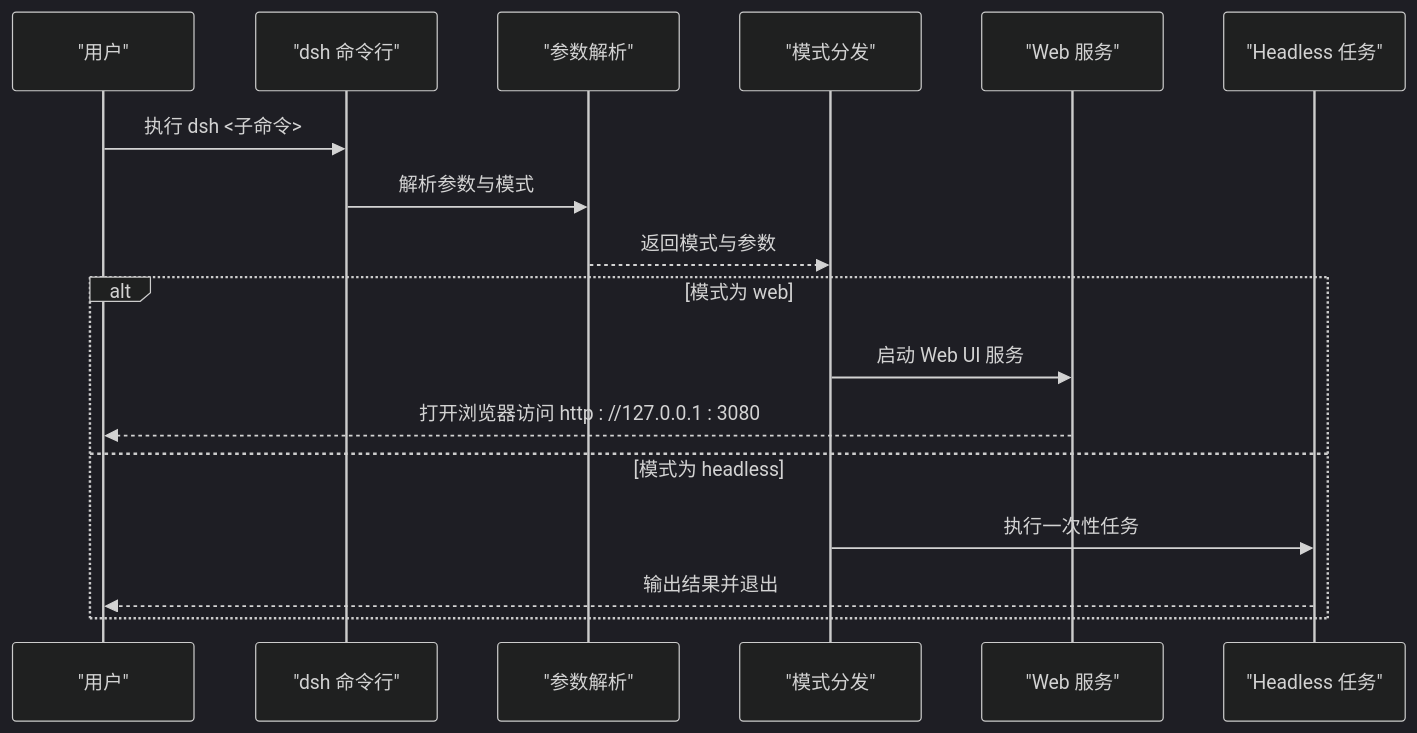
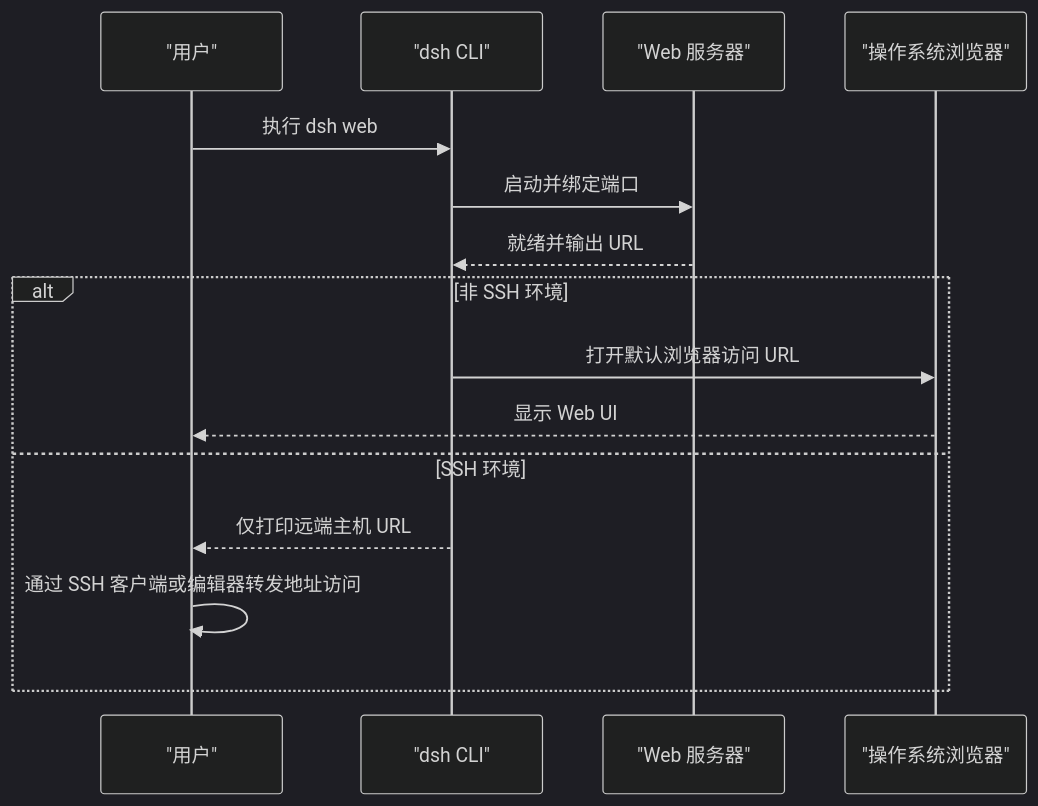
The second of 3 diagrams in .qoder/repowiki/zh/content/快速开始.md (frendyxzc/deepseek-harness), drawn with Mermaid (dark theme) before and after one commit. The commit also changed other lines of this file and 448 other files, not shown here.

````diff
--- a/.qoder/repowiki/zh/content/快速开始.md
+++ b/.qoder/repowiki/zh/content/快速开始.md
@@ -83,19 +73,17 @@
 ```mermaid
 sequenceDiagram
 participant U as "用户"
-participant CLI as "dsh 命令行"
-participant ARGS as "参数解析"
-participant MODE as "模式分发"
-participant WEB as "Web 服务"
-participant HL as "Headless 任务"
-U->>CLI : 执行 dsh <子命令>
-CLI->>ARGS : 解析参数与模式
-ARGS-->>MODE : 返回模式与参数
-alt 模式为 web
-MODE->>WEB : 启动 Web UI 服务
-WEB-->>U : 打开浏览器访问 http : //127.0.0.1 : 3080
-else 模式为 headless
-MODE->>HL : 执行一次性任务
-HL-->>U : 输出结果并退出
+participant CLI as "dsh CLI"
+participant WEB as "Web 服务器"
+participant OS as "操作系统浏览器"
+U->>CLI : 执行 dsh web
+CLI->>WEB : 启动并绑定端口
+WEB-->>CLI : 就绪并输出 URL
+alt 非 SSH 环境
+CLI->>OS : 打开默认浏览器访问 URL
+OS-->>U : 显示 Web UI
+else SSH 环境
+CLI-->>U : 仅打印远端主机 URL
+U->>U : 通过 SSH 客户端或编辑器转发地址访问
 end
 ```
````
